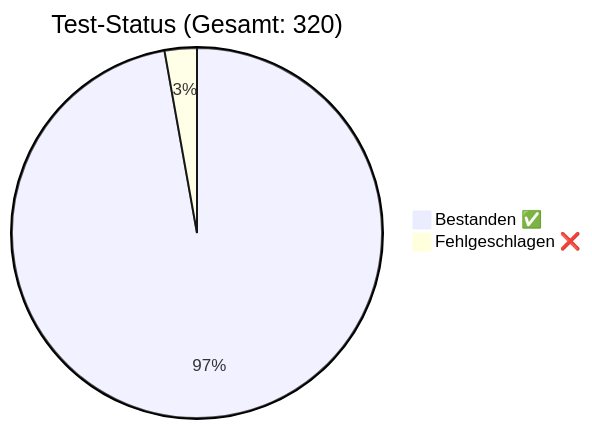
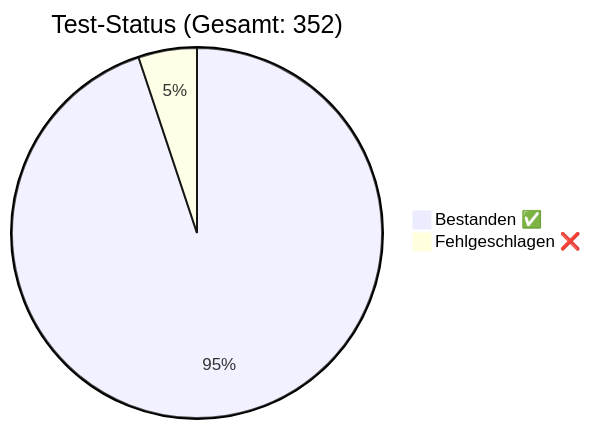
Before and after one commit to rorila/GCS: the diagram in docs/QA_Report.md, drawn with Mermaid. The commit also changed other lines of this file and 4 other files, not shown here.

````diff
--- a/docs/QA_Report.md
+++ b/docs/QA_Report.md
@@ -8,5 +8,5 @@
 ```mermaid
-pie title Test-Status (Gesamt: 320)
-    "Bestanden ✅" : 311
-    "Fehlgeschlagen ❌" : 9
+pie title Test-Status (Gesamt: 352)
+    "Bestanden ✅" : 334
+    "Fehlgeschlagen ❌" : 18
 ```
````
